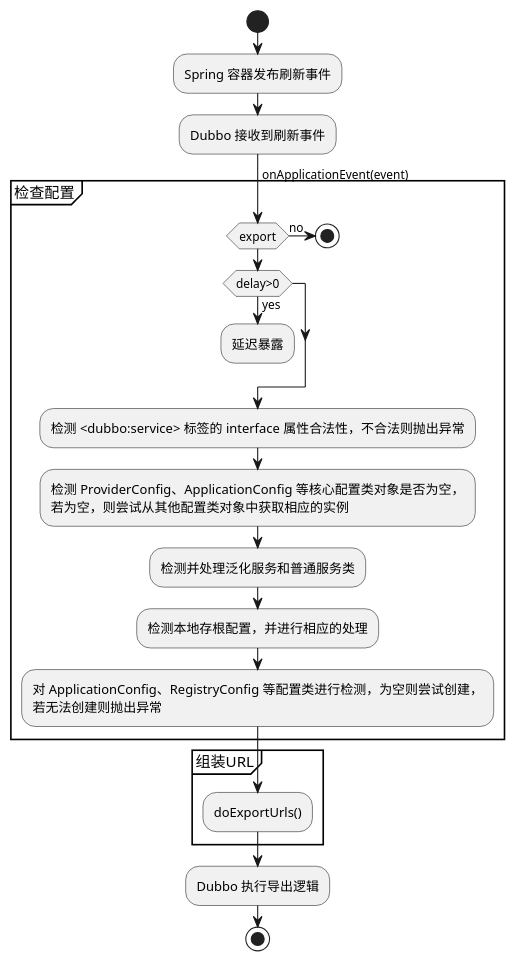
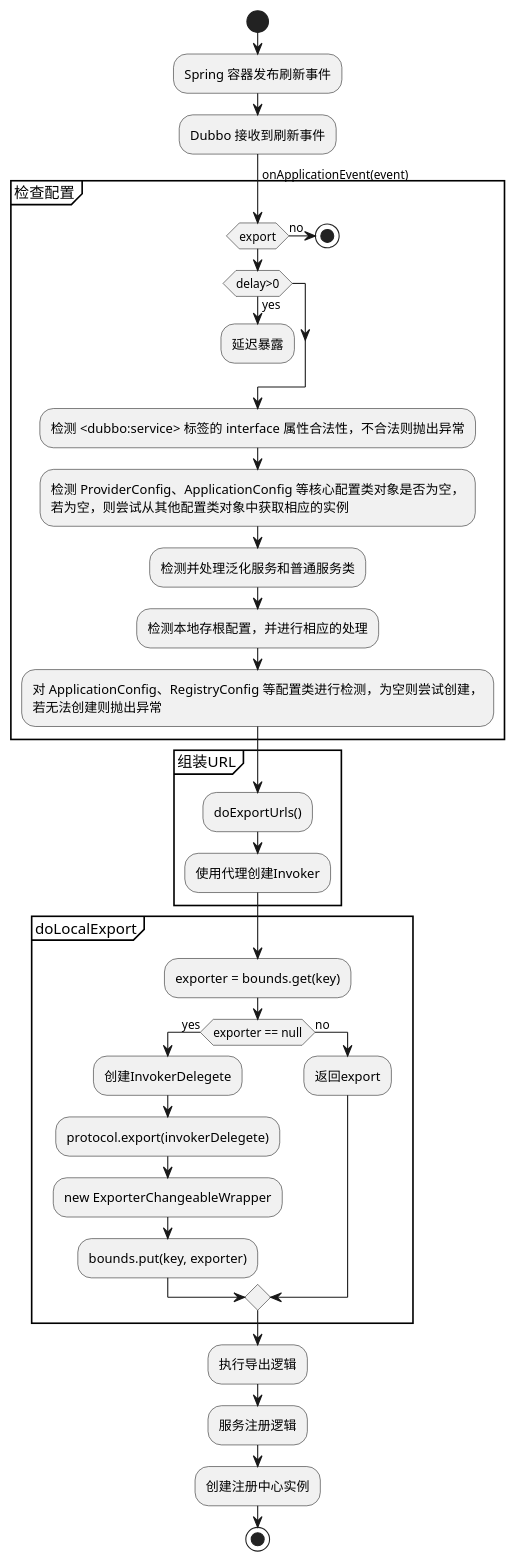
The diagram in 服务导出-流程图.puml (SikiTech/dubbo-parent), drawn with PlantUML before and after one commit. The commit also changed 20 other files, not shown here.

Commit message:
Add 服务导出时序图

```diff
--- a/服务导出-流程图.puml
+++ b/服务导出-流程图.puml
@@ -1,45 +1,59 @@
 @startuml
 start
 :Spring 容器发布刷新事件;
 :Dubbo 接收到刷新事件;
 -> onApplicationEvent(event);
 partition 检查配置 {
     if (export) then (no)
         stop
     endif
 
     if (delay>0) then (yes)
         :延迟暴露;
         detach
     endif;
     :检测 <dubbo:service> 标签的 interface 属性合法性，不合法则抛出异常;
     :检测 ProviderConfig、ApplicationConfig 等核心配置类对象是否为空，\n若为空，则尝试从其他配置类对象中获取相应的实例;
     :检测并处理泛化服务和普通服务类;
     :检测本地存根配置，并进行相应的处理;
     :对 ApplicationConfig、RegistryConfig 等配置类进行检测，为空则尝试创建，\n若无法创建则抛出异常;
 
 }
 
 
 partition 组装URL {
     :doExportUrls();
+    :使用代理创建Invoker;
 
 }
 
+partition doLocalExport {
+    :exporter = bounds.get(key);
+    if (exporter == null) then (yes)
+        :创建InvokerDelegete;
+        :protocol.export(invokerDelegete);
+        :new ExporterChangeableWrapper;
+        :bounds.put(key, exporter);
+    else (no)
+        :返回export;
+    endif
 
-:Dubbo 执行导出逻辑;
+}
 
+:执行导出逻辑;
+:服务注册逻辑;
+    :创建注册中心实例;
 
 
 
 
 
 
 stop
 
 
 
 
 
 
 @enduml
```
